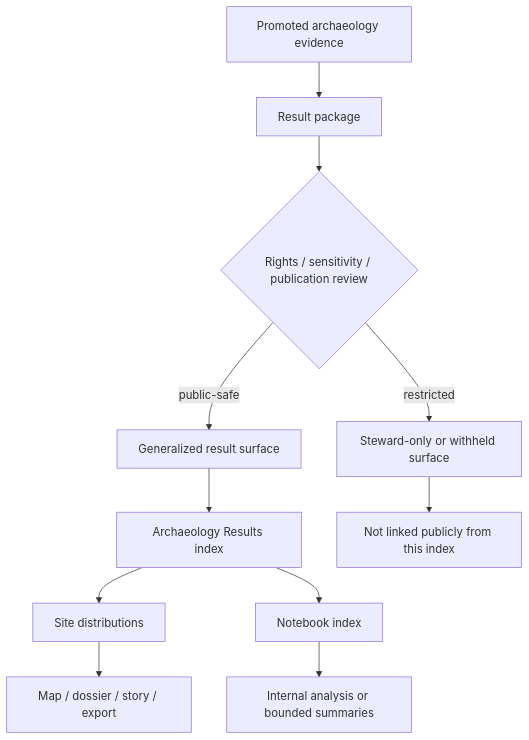
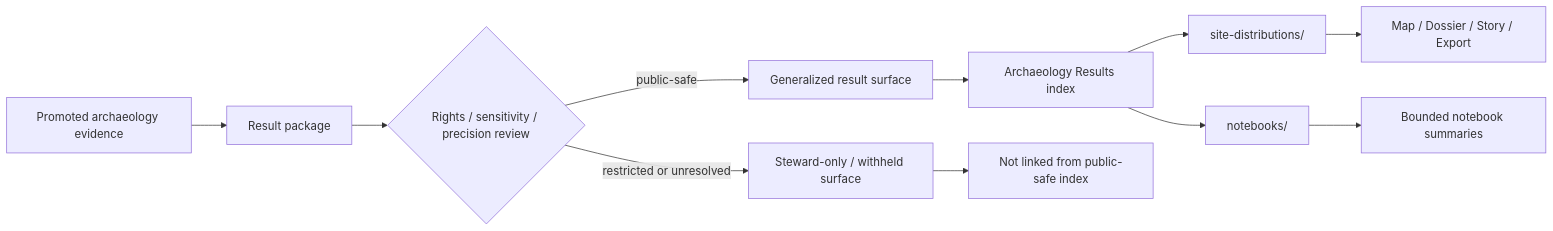
One commit to bartytime4life/Kansas-Frontier-Matrix changed the diagram in docs/analyses/archaeology/results/README.md. Above: the diagram before and after it, drawn with Mermaid. The commit also changed other lines of this file, not shown here.

````diff
--- a/docs/analyses/archaeology/results/README.md
+++ b/docs/analyses/archaeology/results/README.md
@@ -189,13 +211,13 @@
 ```mermaid
-flowchart TD
+flowchart LR
     A[Promoted archaeology evidence] --> B[Result package]
-    B --> C{Rights / sensitivity / publication review}
+    B --> C{Rights / sensitivity / precision review}
     C -->|public-safe| D[Generalized result surface]
-    C -->|restricted| E[Steward-only or withheld surface]
+    C -->|restricted or unresolved| E[Steward-only / withheld surface]
     D --> F[Archaeology Results index]
-    F --> G[Site distributions]
-    F --> H[Notebook index]
-    G --> I[Map / dossier / story / export]
-    H --> J[Internal analysis or bounded summaries]
-    E --> K[Not linked publicly from this index]
+    F --> G[site-distributions/]
+    F --> H[notebooks/]
+    G --> I[Map / Dossier / Story / Export]
+    H --> J[Bounded notebook summaries]
+    E --> K[Not linked from public-safe index]
 ```
````
